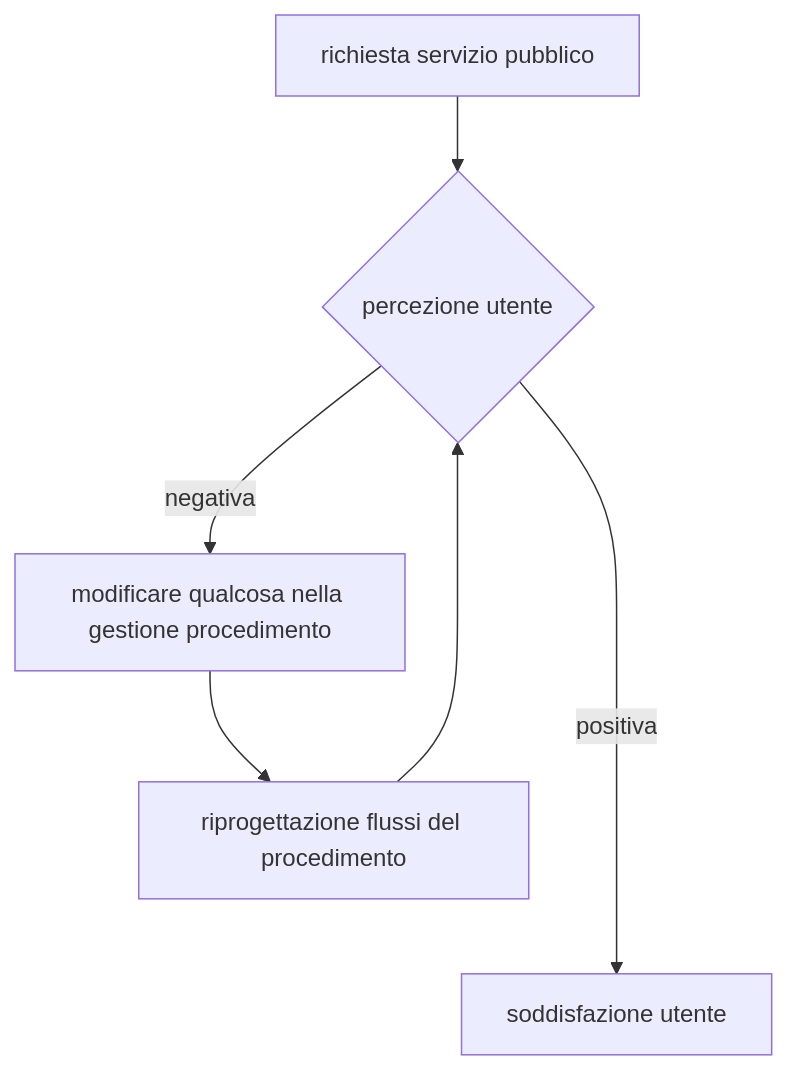
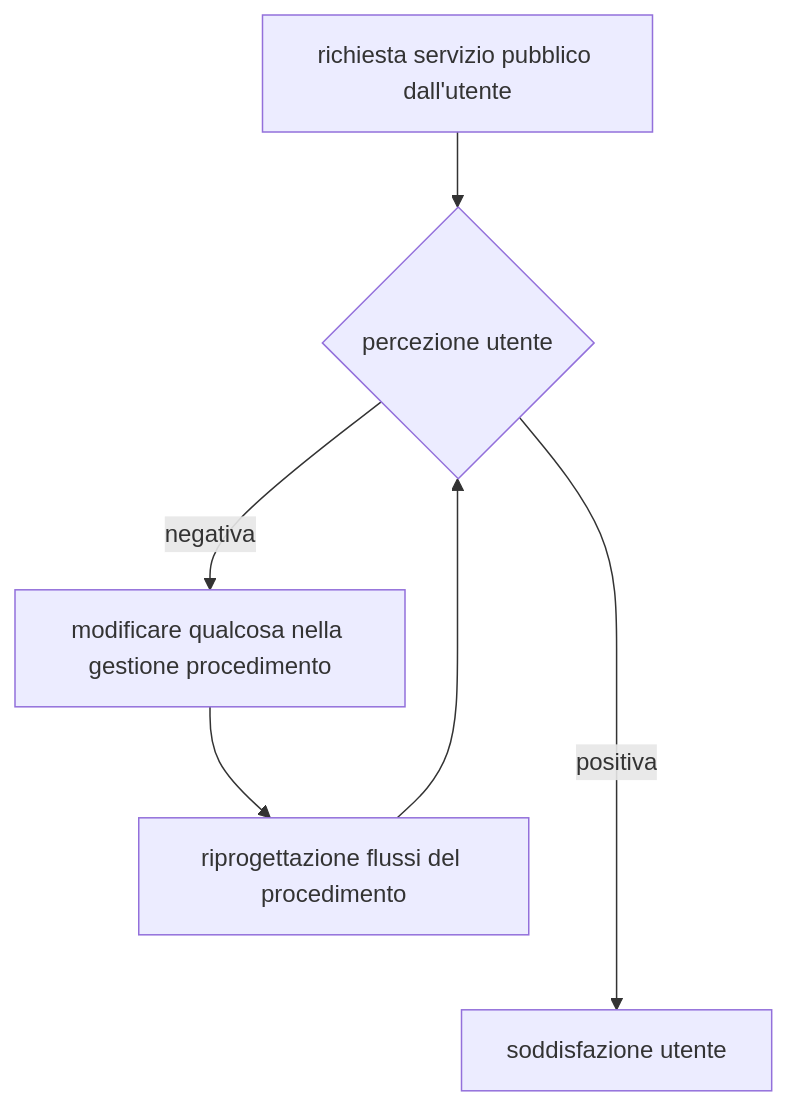
Before and after one commit to UO-TransizioneDigitaleComunePalermo/mappatura-procedimenti-amministrativi: the second of 2 diagrams in docs/contenuti/reingegnerizzazione.md, drawn with Mermaid.

````diff
--- a/docs/contenuti/reingegnerizzazione.md
+++ b/docs/contenuti/reingegnerizzazione.md
@@ -30,8 +30,8 @@
 ``` mermaid
 flowchart TD
-    A[richiesta servizio pubblico] --> B{percezione utente};
+    A[richiesta servizio pubblico dall'utente] --> B{percezione utente};
     B -->|negativa| C[modificare qualcosa nella gestione procedimento];
     C --> D[riprogettazione flussi del procedimento];
     D --> B;
     B ---->|positiva| E[soddisfazione utente];
 ```
````
